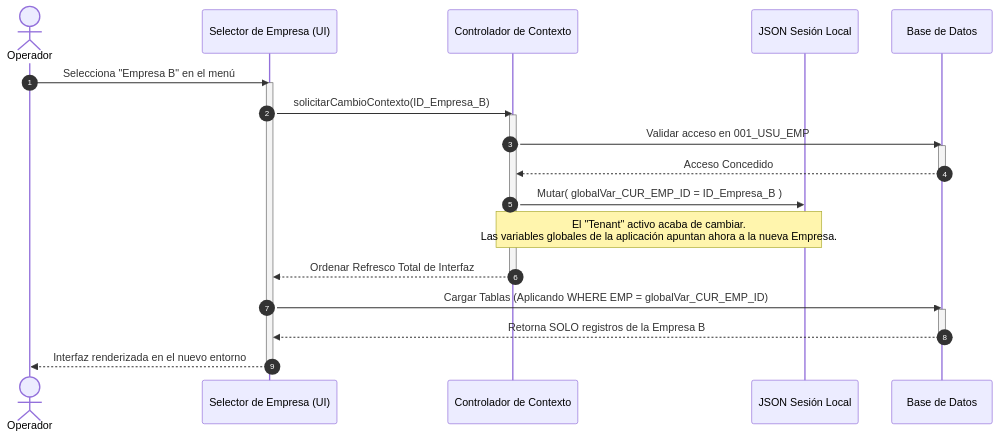
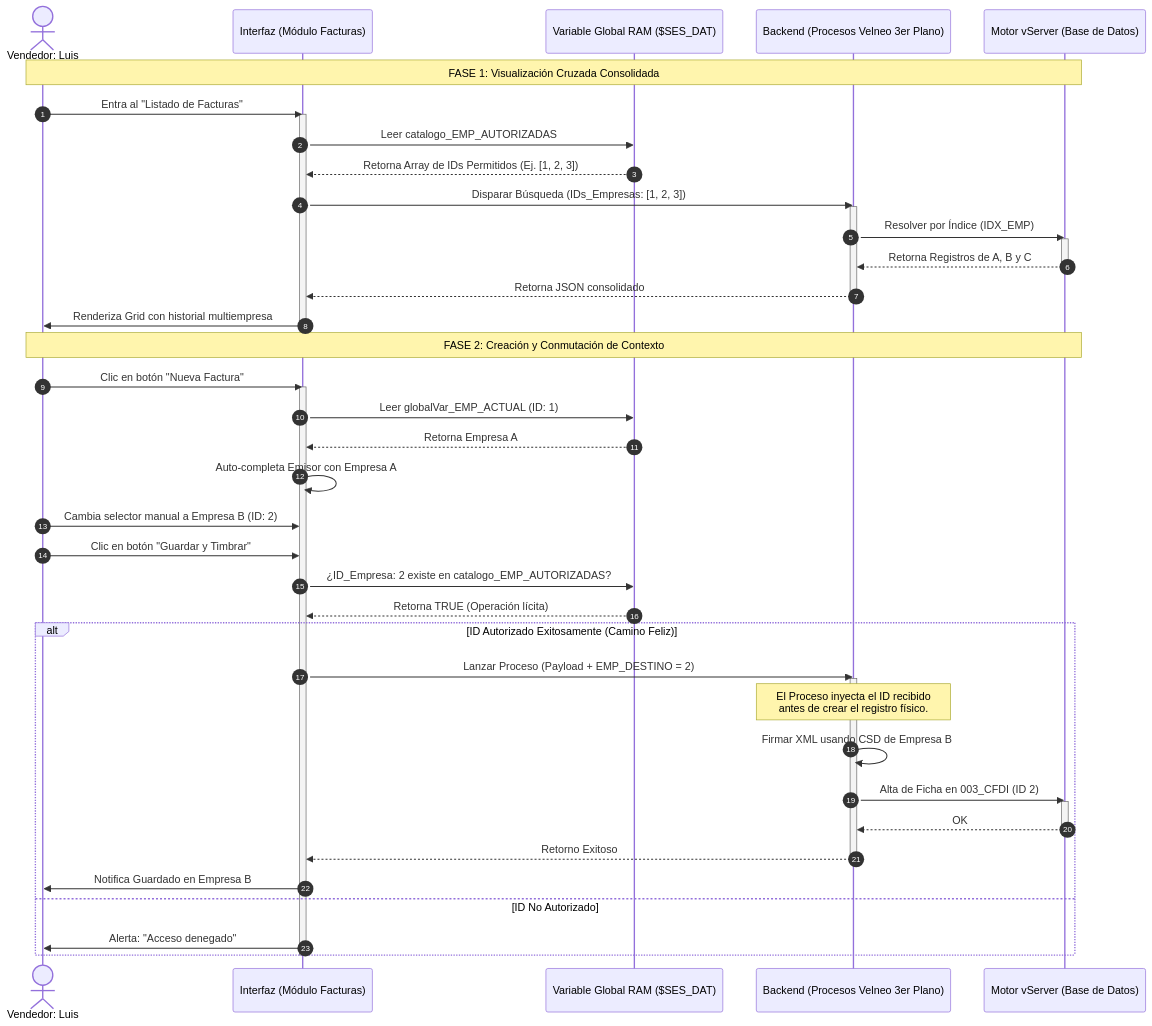
The third of 4 diagrams in data/1. Principales/Diagramas/002_Arquitectura_Multiempresa.md (arturomiranda/ds-qs), drawn with Mermaid before and after one commit. The commit also changed other lines of this file and 2 other files, not shown here.

Commit message:
se añadierpon los diagramas de contabilidad y CFDI

````diff
--- a/data/1. Principales/Diagramas/002_Arquitectura_Multiempresa.md
+++ b/data/1. Principales/Diagramas/002_Arquitectura_Multiempresa.md
@@ -110,38 +114,61 @@
 ```mermaid
 sequenceDiagram
     autonumber
-    actor U as Operador
-    participant UI as Selector de Empresa (UI)
-    participant CS as Controlador de Contexto
-    participant MEM as JSON Sesión Local
-    participant DB as Base de Datos
+    
+    %% Definición de Participantes (Líneas de Vida)
+    actor Luis as Vendedor: Luis
+    participant UI as Interfaz (Módulo Facturas)
+    participant RAM as Variable Global RAM ($SES_DAT)
+    participant Core as Backend (Procesos Velneo 3er Plano)
+    participant DB as Motor vServer (Base de Datos)
 
-    U->>UI: Selecciona "Empresa B" en el menú
+    %% FASE 1: VISUALIZACIÓN OMNIPRESENTE
+    Note over Luis, DB: FASE 1: Visualización Cruzada Consolidada
+    Luis ->> UI: Entra al "Listado de Facturas"
     activate UI
+    UI ->> RAM: Leer catalogo_EMP_AUTORIZADAS
+    RAM -->> UI: Retorna Array de IDs Permitidos (Ej. [1, 2, 3])
     
-    UI->>CS: solicitarCambioContexto(ID_Empresa_B)
-    activate CS
+    UI ->> Core: Disparar Búsqueda (IDs_Empresas: [1, 2, 3])
+    activate Core
+    Core ->> DB: Resolver por Índice (IDX_EMP)
+    activate DB
+    DB -->> Core: Retorna Registros de A, B y C
+    deactivate DB
+    Core -->> UI: Retorna JSON consolidado
+    deactivate Core
+    UI ->> Luis: Renderiza Grid con historial multiempresa
+    deactivate UI
+
+    %% FASE 2: CREACIÓN Y CONMUTACIÓN EN CALIENTE
+    Note over Luis, DB: FASE 2: Creación y Conmutación de Contexto
+    Luis ->> UI: Clic en botón "Nueva Factura"
+    activate UI
+    UI ->> RAM: Leer globalVar_EMP_ACTUAL (ID: 1)
+    RAM -->> UI: Retorna Empresa A
+    UI ->> UI: Auto-completa Emisor con Empresa A
     
-    %% Validación de Integridad
-    CS->>DB: Validar acceso en 001_USU_EMP
-    activate DB
-    DB-->>CS: Acceso Concedido
-    deactivate DB
+    Luis ->> UI: Cambia selector manual a Empresa B (ID: 2)
+    Luis ->> UI: Clic en botón "Guardar y Timbrar"
     
-    %% Mutación del Contexto Global
-    CS->>MEM: Mutar( globalVar_CUR_EMP_ID = ID_Empresa_B )
-    Note over CS,MEM: El "Tenant" activo acaba de cambiar.<br/>Las variables globales de la aplicación apuntan ahora a la nueva Empresa.
+    %% Validación Perimetral de Seguridad en Memoria
+    UI ->> RAM: ¿ID_Empresa: 2 existe en catalogo_EMP_AUTORIZADAS?
+    RAM -->> UI: Retorna TRUE (Operación lícita)
     
-    %% Recarga del Sistema
-    CS-->>UI: Ordenar Refresco Total de Interfaz
-    deactivate CS
-    
-    %% El filtro cobra vida
-    UI->>DB: Cargar Tablas (Aplicando WHERE EMP = globalVar_CUR_EMP_ID)
-    activate DB
-    DB-->>UI: Retorna SOLO registros de la Empresa B
-    deactivate DB
-    
-    UI-->>U: Interfaz renderizada en el nuevo entorno
+    alt ID Autorizado Exitosamente (Camino Feliz)
+        UI ->> Core: Lanzar Proceso (Payload + EMP_DESTINO = 2)
+        activate Core
+        Note over Core: El Proceso inyecta el ID recibido<br/>antes de crear el registro físico.
+        Core ->> Core: Firmar XML usando CSD de Empresa B
+        Core ->> DB: Alta de Ficha en 003_CFDI (ID 2)
+        activate DB
+        DB -->> Core: OK
+        deactivate DB
+        Core -->> UI: Retorno Exitoso
+        deactivate Core
+        UI ->> Luis: Notifica Guardado en Empresa B
+    else ID No Autorizado
+        UI ->> Luis: Alerta: "Acceso denegado"
+    end
     deactivate UI
 ```
````
